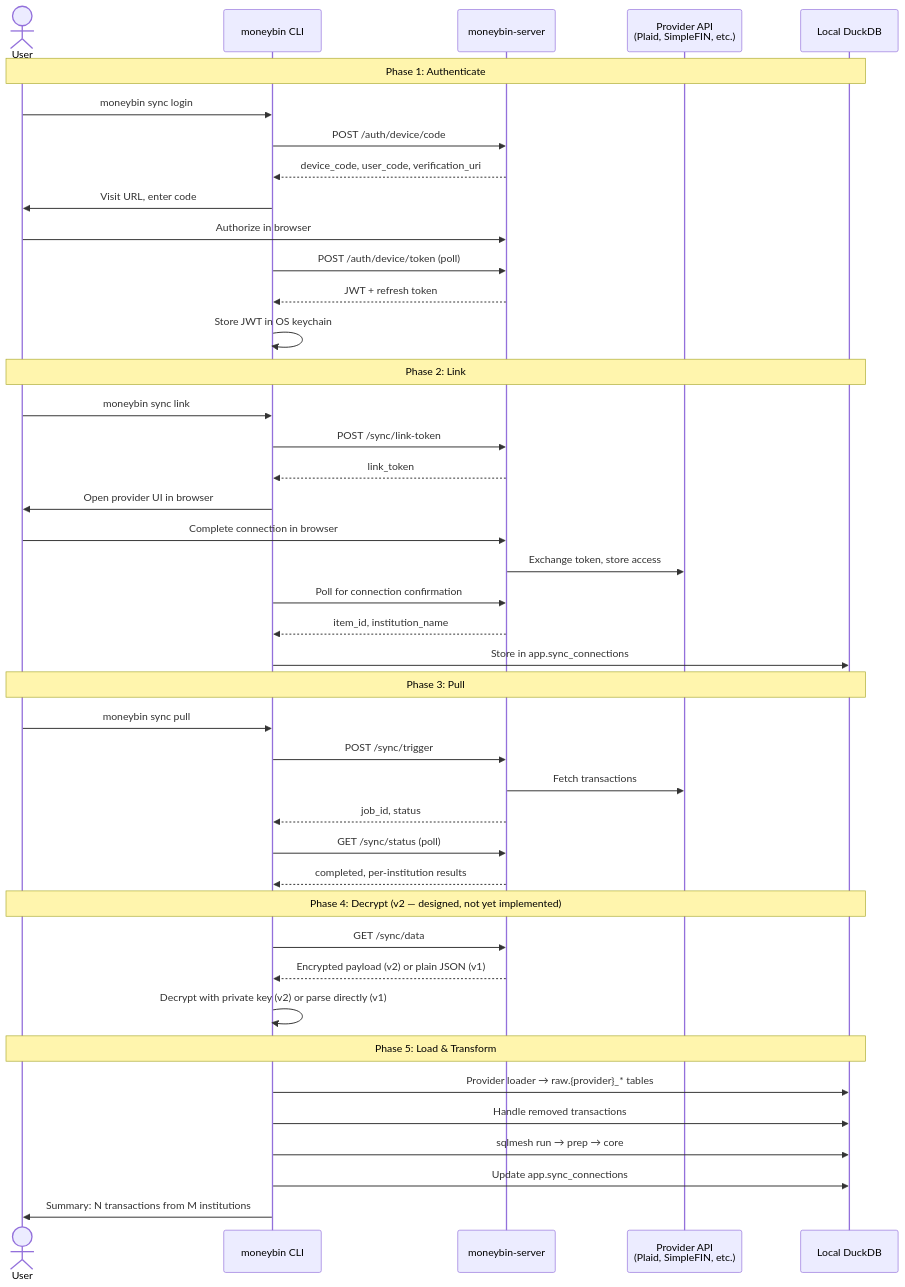
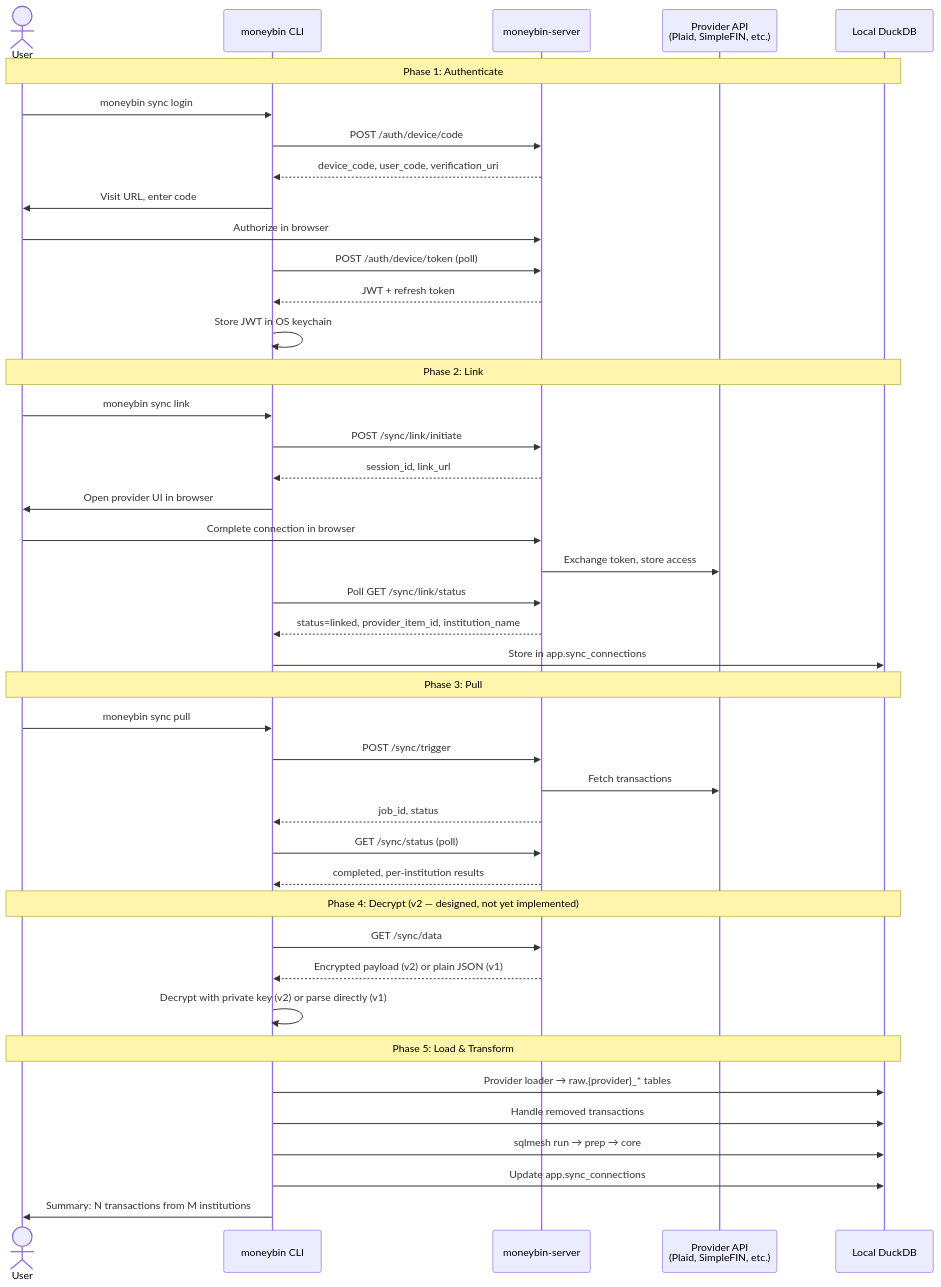
One commit to bsaffel/moneybin changed the first of 2 diagrams in docs/specs/sync-overview.md. Above: the diagram before and after it, drawn with Mermaid. The commit also changed other lines of this file and 14 other files, not shown here.

````diff
--- a/docs/specs/sync-overview.md
+++ b/docs/specs/sync-overview.md
@@ -68,49 +68,49 @@
 ```mermaid
 sequenceDiagram
     actor User
     participant CLI as moneybin CLI
     participant Server as moneybin-server
     participant Provider as Provider API<br/>(Plaid, SimpleFIN, etc.)
     participant DB as Local DuckDB
 
     Note over User,DB: Phase 1: Authenticate
     User->>CLI: moneybin sync login
     CLI->>Server: POST /auth/device/code
     Server-->>CLI: device_code, user_code, verification_uri
     CLI->>User: Visit URL, enter code
     User->>Server: Authorize in browser
     CLI->>Server: POST /auth/device/token (poll)
     Server-->>CLI: JWT + refresh token
     CLI->>CLI: Store JWT in OS keychain
 
     Note over User,DB: Phase 2: Link
     User->>CLI: moneybin sync link
-    CLI->>Server: POST /sync/link-token
-    Server-->>CLI: link_token
+    CLI->>Server: POST /sync/link/initiate
+    Server-->>CLI: session_id, link_url
     CLI->>User: Open provider UI in browser
     User->>Server: Complete connection in browser
     Server->>Provider: Exchange token, store access
-    CLI->>Server: Poll for connection confirmation
-    Server-->>CLI: item_id, institution_name
+    CLI->>Server: Poll GET /sync/link/status
+    Server-->>CLI: status=linked, provider_item_id, institution_name
     CLI->>DB: Store in app.sync_connections
 
     Note over User,DB: Phase 3: Pull
     User->>CLI: moneybin sync pull
     CLI->>Server: POST /sync/trigger
     Server->>Provider: Fetch transactions
     Server-->>CLI: job_id, status
     CLI->>Server: GET /sync/status (poll)
     Server-->>CLI: completed, per-institution results
 
     Note over User,DB: Phase 4: Decrypt (v2 — designed, not yet implemented)
     CLI->>Server: GET /sync/data
     Server-->>CLI: Encrypted payload (v2) or plain JSON (v1)
     CLI->>CLI: Decrypt with private key (v2) or parse directly (v1)
 
     Note over User,DB: Phase 5: Load & Transform
     CLI->>DB: Provider loader → raw.{provider}_* tables
     CLI->>DB: Handle removed transactions
     CLI->>DB: sqlmesh run → prep → core
     CLI->>DB: Update app.sync_connections
     CLI->>User: Summary: N transactions from M institutions
 ```
````
